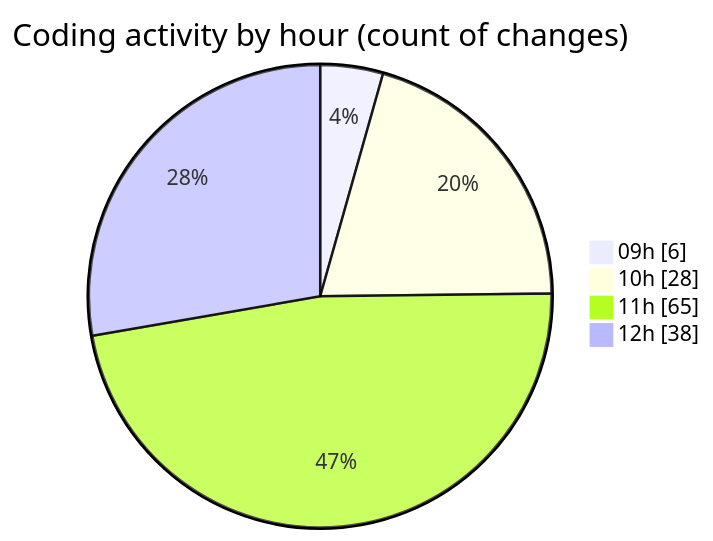
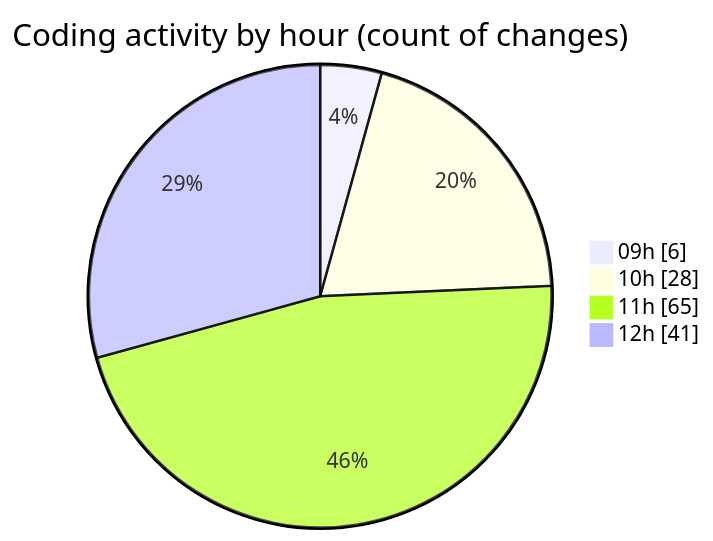
Before and after one commit to momahboobian/code-tracking: the second of 2 diagrams in 2025-03-27/cda/README.md, drawn with Mermaid. The commit also changed other lines of this file and 1 other file, not shown here.

````diff
--- a/2025-03-27/cda/README.md
+++ b/2025-03-27/cda/README.md
@@ -30,8 +30,8 @@
 ```mermaid
 pie showData
 title Coding activity by hour (count of changes)
 "09h" : 6
 "10h" : 28
 "11h" : 65
-"12h" : 38
+"12h" : 41
 ```
````
